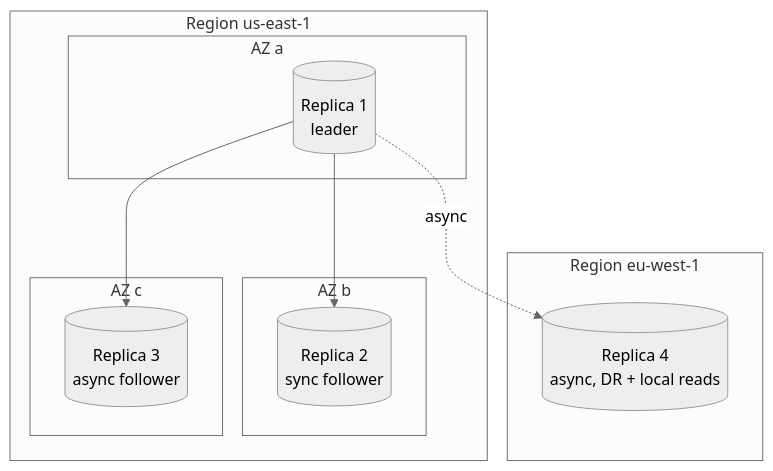
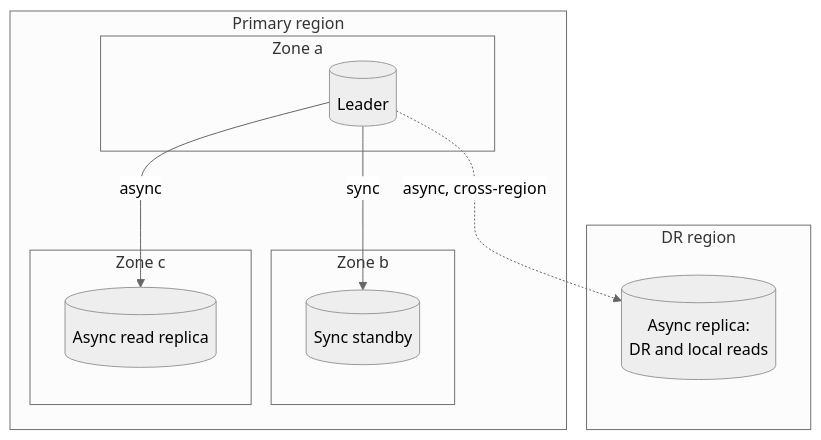
Before and after one commit to AndrewAltimit/Documentation: the sixth of 9 diagrams in github-pages/docs/distributed-systems/replication-strategies.md, drawn with Mermaid (neutral theme). The commit also changed other lines of this file and 240 other files, not shown here.

````diff
--- a/github-pages/docs/distributed-systems/replication-strategies.md
+++ b/github-pages/docs/distributed-systems/replication-strategies.md
@@ -310,20 +329,20 @@
 ```mermaid
 flowchart TD
-    subgraph region["Region us-east-1"]
-        subgraph az1["AZ a"]
-            r1[(Replica 1<br/>leader)]
+    subgraph P["Primary region"]
+        subgraph a["Zone a"]
+            r1[(Leader)]
         end
-        subgraph az2["AZ b"]
-            r2[(Replica 2<br/>sync follower)]
+        subgraph b["Zone b"]
+            r2[(Sync standby)]
         end
-        subgraph az3["AZ c"]
-            r3[(Replica 3<br/>async follower)]
+        subgraph c["Zone c"]
+            r3[(Async read replica)]
         end
     end
-    subgraph region2["Region eu-west-1"]
-        r4[(Replica 4<br/>async, DR + local reads)]
+    subgraph D["DR region"]
+        r4[(Async replica:<br/>DR and local reads)]
     end
-    r1 --> r2
-    r1 --> r3
-    r1 -.async.-> r4
+    r1 -->|sync| r2
+    r1 -->|async| r3
+    r1 -.->|async, cross-region| r4
 ```
````
